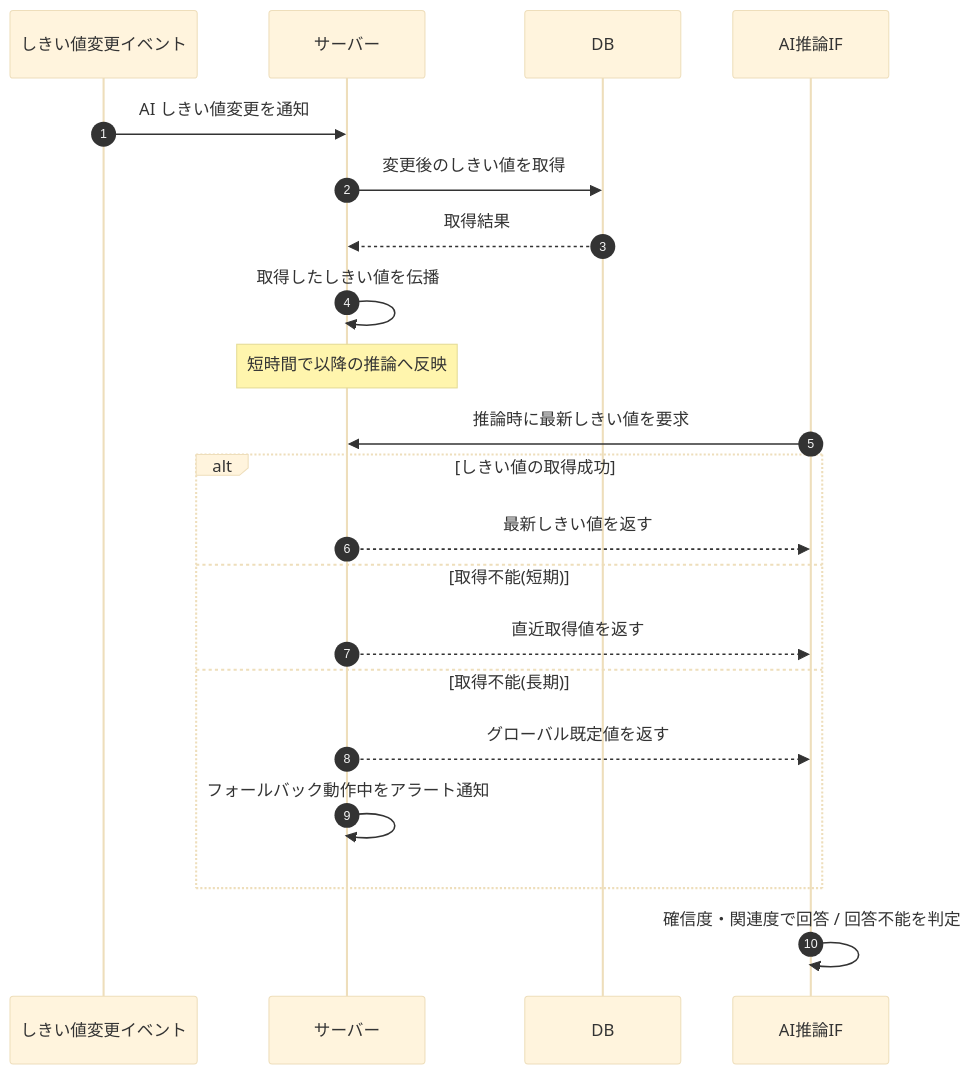
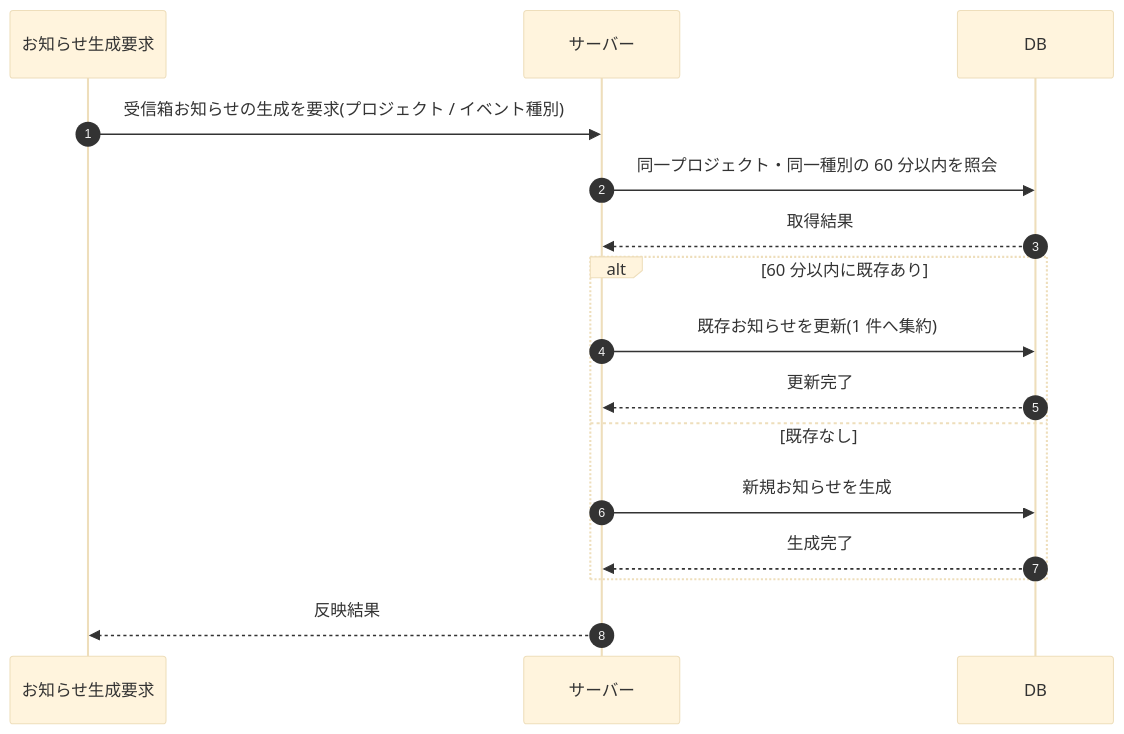
The diagram in 02_basic_design/03_sequences/SEQ-103.md (sikakou54/open-faq), drawn with Mermaid (base theme) before and after one commit. The commit also changed other lines of this file and 99 other files, not shown here.

````diff
--- a/02_basic_design/03_sequences/SEQ-103.md
+++ b/02_basic_design/03_sequences/SEQ-103.md
@@ -25,23 +25,18 @@
 ```mermaid
 sequenceDiagram
   autonumber
-  participant E as しきい値変更イベント
+  participant G as お知らせ生成要求
   participant Server as サーバー
   participant DB as DB
-  participant AI as AI推論IF
-  E->>Server: AI しきい値変更を通知
-  Server->>DB: 変更後のしきい値を取得
+  G->>Server: 受信箱お知らせの生成を要求(プロジェクト / イベント種別)
+  Server->>DB: 同一プロジェクト・同一種別の 60 分以内を照会
   DB-->>Server: 取得結果
-  Server->>Server: 取得したしきい値を伝播
-  Note over Server: 短時間で以降の推論へ反映
-  AI->>Server: 推論時に最新しきい値を要求
-  alt しきい値の取得成功
-    Server-->>AI: 最新しきい値を返す
-  else 取得不能(短期)
-    Server-->>AI: 直近取得値を返す
-  else 取得不能(長期)
-    Server-->>AI: グローバル既定値を返す
-    Server->>Server: フォールバック動作中をアラート通知
+  alt 60 分以内に既存あり
+    Server->>DB: 既存お知らせを更新(1 件へ集約)
+    DB-->>Server: 更新完了
+  else 既存なし
+    Server->>DB: 新規お知らせを生成
+    DB-->>Server: 生成完了
   end
-  AI->>AI: 確信度・関連度で回答 / 回答不能を判定
+  Server-->>G: 反映結果
 ```
````
